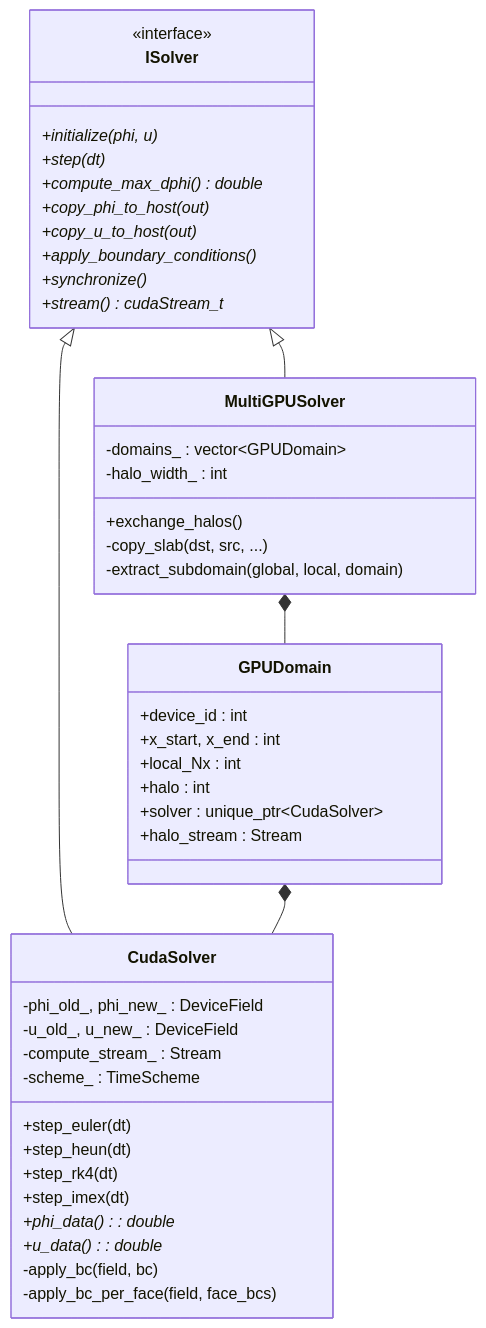
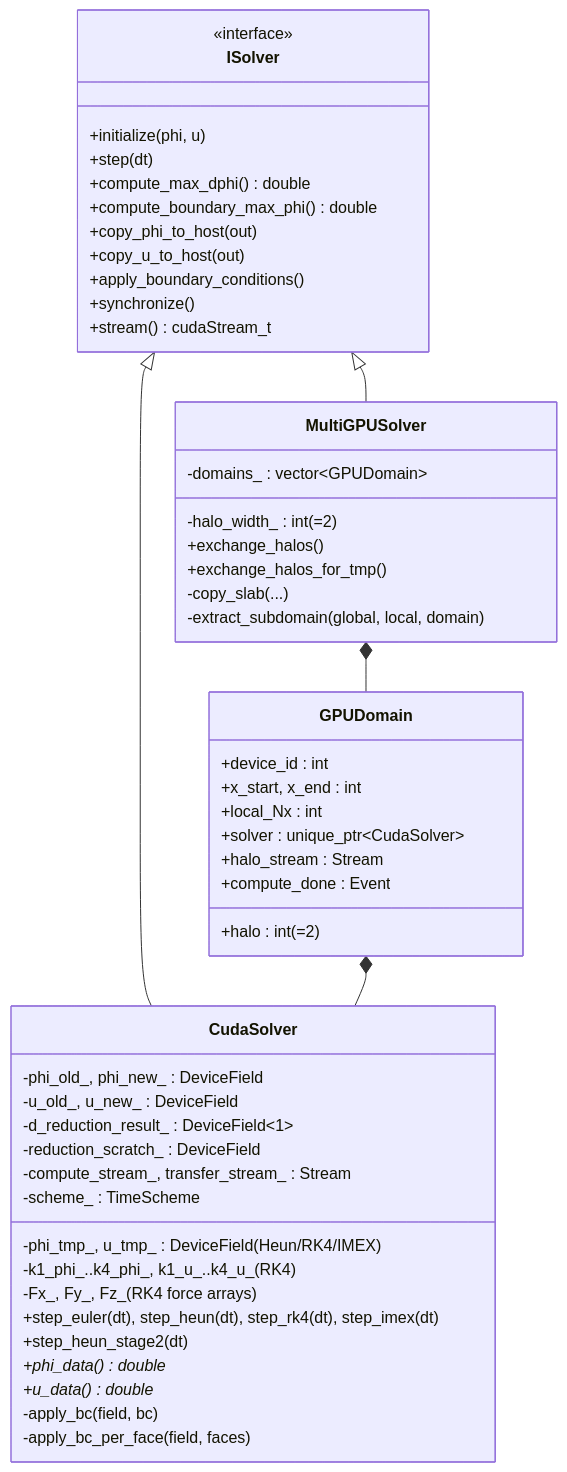
One commit to myousefi2016/Allen-Cahn-CUDA changed the fourth of 9 diagrams in docs/ARCHITECTURE.md. Above: the diagram before and after it, drawn with Mermaid. The commit also changed other lines of this file and 3 other files, not shown here.

First line of the commit message:
Documentation: rewrite README, ARCHITECTURE, DESIGN, THEORY for full code parity

````diff
--- a/docs/ARCHITECTURE.md
+++ b/docs/ARCHITECTURE.md
@@ -137,51 +194,57 @@
 ```mermaid
 classDiagram
     class ISolver {
         <<interface>>
-        +initialize(phi, u)*
-        +step(dt)*
-        +compute_max_dphi()* double
-        +copy_phi_to_host(out)*
-        +copy_u_to_host(out)*
-        +apply_boundary_conditions()*
-        +synchronize()*
-        +stream()* cudaStream_t
+        +initialize(phi, u)
+        +step(dt)
+        +compute_max_dphi() double
+        +compute_boundary_max_phi() double
+        +copy_phi_to_host(out)
+        +copy_u_to_host(out)
+        +apply_boundary_conditions()
+        +synchronize()
+        +stream() cudaStream_t
     }
 
     class CudaSolver {
         -phi_old_, phi_new_ : DeviceField
         -u_old_, u_new_ : DeviceField
-        -compute_stream_ : Stream
+        -phi_tmp_, u_tmp_ : DeviceField  (Heun/RK4/IMEX)
+        -k1_phi_..k4_phi_, k1_u_..k4_u_  (RK4)
+        -Fx_, Fy_, Fz_                    (RK4 force arrays)
+        -d_reduction_result_ : DeviceField~1~
+        -reduction_scratch_  : DeviceField
+        -compute_stream_, transfer_stream_ : Stream
         -scheme_ : TimeScheme
-        +step_euler(dt)
-        +step_heun(dt)
-        +step_rk4(dt)
-        +step_imex(dt)
-        +phi_data() : double*
-        +u_data() : double*
+        +step_euler(dt), step_heun(dt), step_rk4(dt), step_imex(dt)
+        +step_heun_stage2(dt)
+        +phi_data() double*
+        +u_data() double*
         -apply_bc(field, bc)
-        -apply_bc_per_face(field, face_bcs)
+        -apply_bc_per_face(field, faces)
     }
 
     class MultiGPUSolver {
         -domains_ : vector~GPUDomain~
-        -halo_width_ : int
+        -halo_width_ : int (=2)
         +exchange_halos()
-        -copy_slab(dst, src, ...)
+        +exchange_halos_for_tmp()
+        -copy_slab(...)
         -extract_subdomain(global, local, domain)
     }
 
     class GPUDomain {
         +device_id : int
         +x_start, x_end : int
         +local_Nx : int
-        +halo : int
+        +halo : int (=2)
         +solver : unique_ptr~CudaSolver~
         +halo_stream : Stream
+        +compute_done : Event
     }
 
     ISolver <|-- CudaSolver
     ISolver <|-- MultiGPUSolver
     MultiGPUSolver *-- GPUDomain
     GPUDomain *-- CudaSolver
 ```
````
